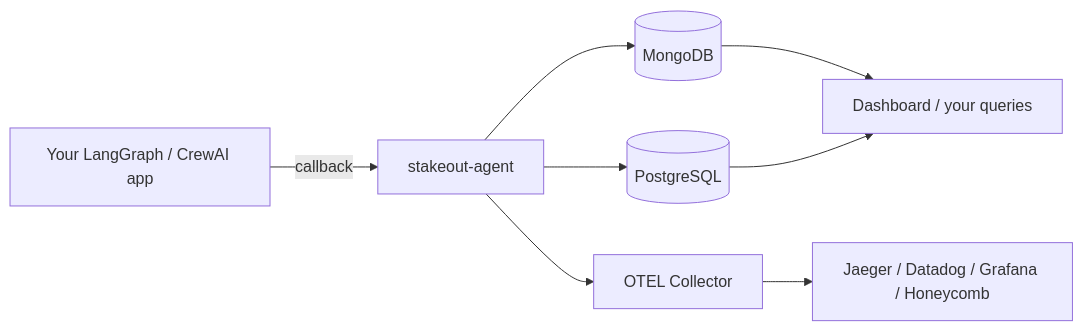
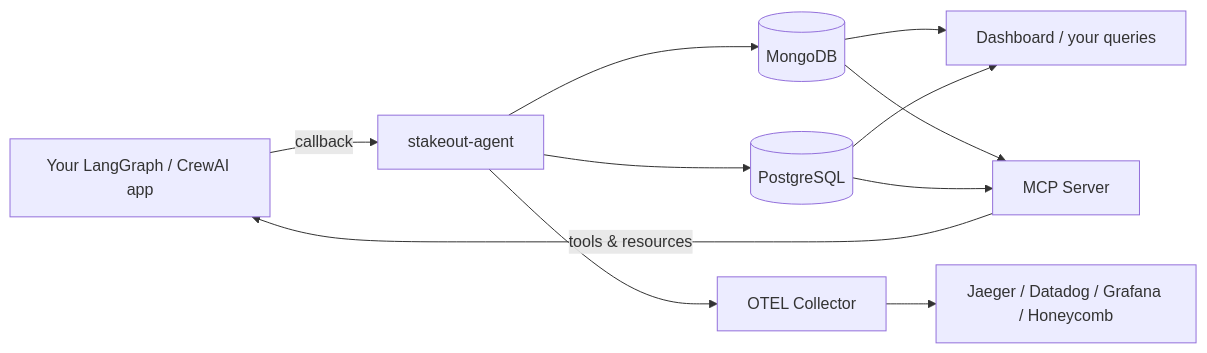
Before and after one commit to KyriakosFrang/stakeout-agent: the diagram in README.md, drawn with Mermaid. The commit also changed other lines of this file and 11 other files, not shown here.

````diff
--- a/README.md
+++ b/README.md
@@ -71,10 +74,13 @@
 ```mermaid
 graph LR
     A[Your LangGraph / CrewAI app] -->|callback| B[stakeout-agent]
     B --> C[(MongoDB)]
     B --> D[(PostgreSQL)]
     B --> F[OTEL Collector]
     C --> E[Dashboard / your queries]
     D --> E
     F --> G[Jaeger / Datadog / Grafana / Honeycomb]
+    C --> H[MCP Server]
+    D --> H
+    H -->|tools & resources| A
 ```
````
